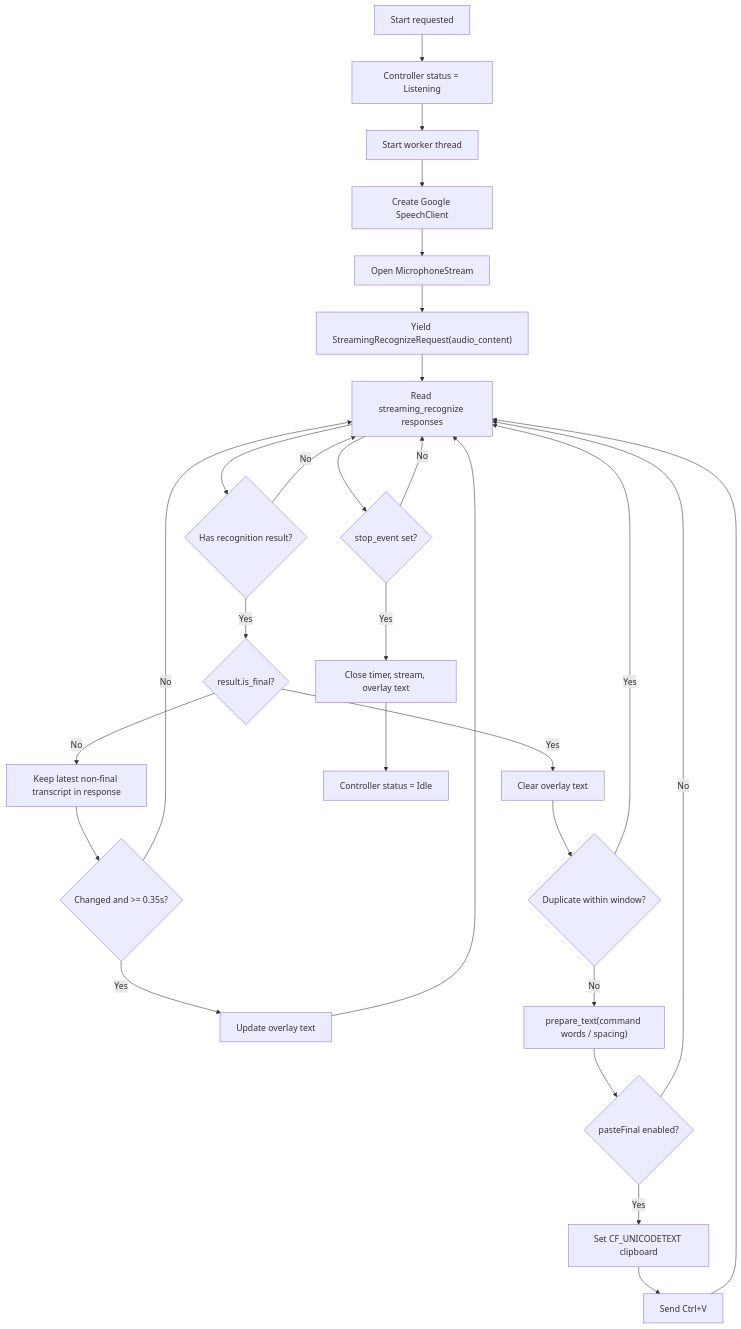
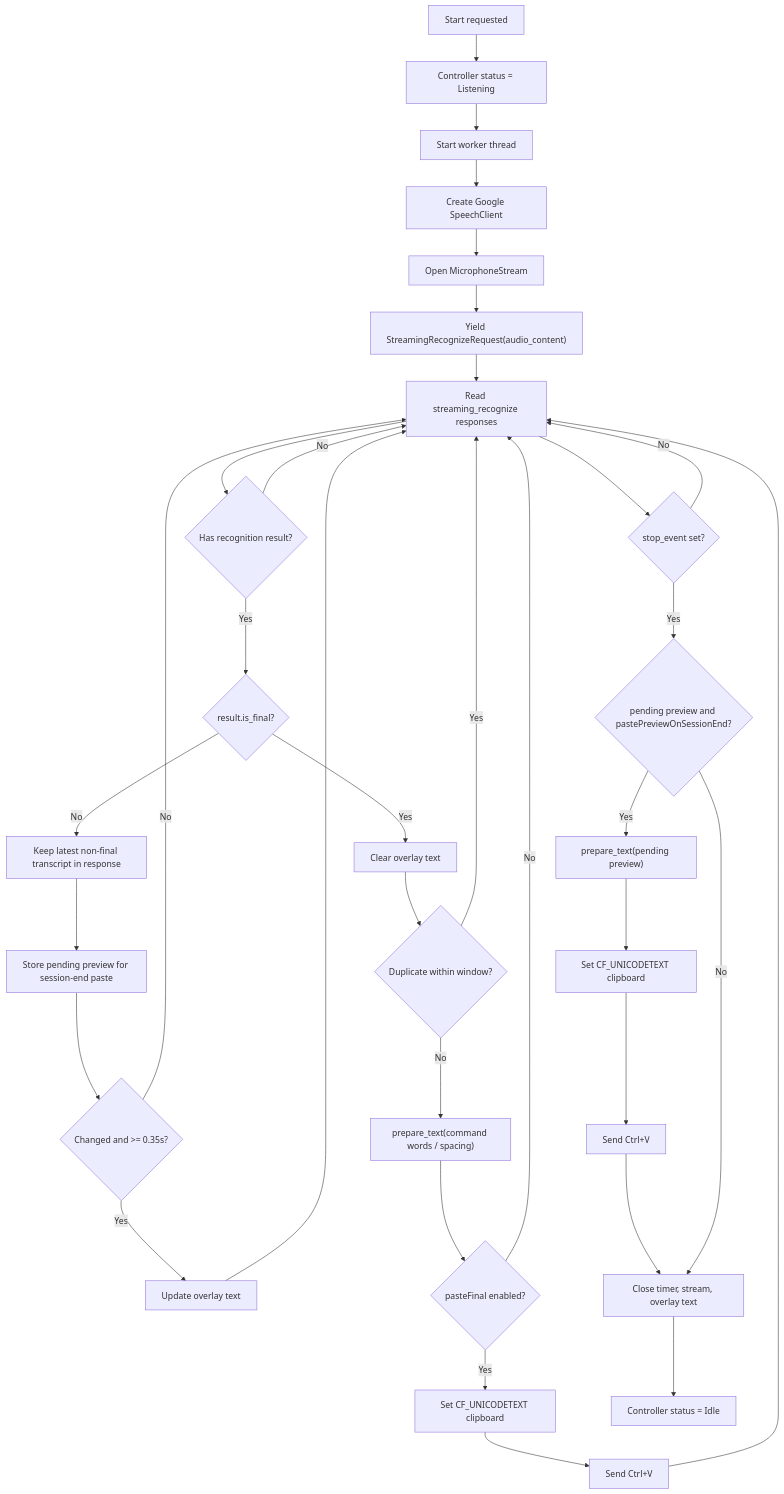
The fifth of 6 diagrams in docs/TECHNICAL_DOCUMENTATION.md (cocomine/win-voice-input), drawn with Mermaid before and after one commit. The commit also changed other lines of this file and 8 other files, not shown here.

Commit message:
feat: add session-end preview paste option for non-final transcripts

````diff
--- a/docs/TECHNICAL_DOCUMENTATION.md
+++ b/docs/TECHNICAL_DOCUMENTATION.md
@@ -225,33 +227,39 @@
 ```mermaid
 flowchart TD
     Start["Start requested"] --> StatusListening["Controller status = Listening"]
     StatusListening --> Worker["Start worker thread"]
     Worker --> Client["Create Google SpeechClient"]
     Client --> Stream["Open MicrophoneStream"]
     Stream --> Requests["Yield StreamingRecognizeRequest(audio_content)"]
     Requests --> Responses["Read streaming_recognize responses"]
     Responses --> HasResult{"Has recognition result?"}
     HasResult -- "No" --> Responses
     HasResult -- "Yes" --> Final{"result.is_final?"}
 
     Final -- "No" --> LatestInterim["Keep latest non-final transcript in response"]
-    LatestInterim --> RateLimit{"Changed and >= 0.35s?"}
+    LatestInterim --> PendingPreview["Store pending preview for session-end paste"]
+    PendingPreview --> RateLimit{"Changed and >= 0.35s?"}
     RateLimit -- "Yes" --> Overlay["Update overlay text"]
     RateLimit -- "No" --> Responses
     Overlay --> Responses
 
     Final -- "Yes" --> ClearOverlay["Clear overlay text"]
     ClearOverlay --> Deduplicate{"Duplicate within window?"}
     Deduplicate -- "Yes" --> Responses
     Deduplicate -- "No" --> Prepare["prepare_text(command words / spacing)"]
     Prepare --> PasteEnabled{"pasteFinal enabled?"}
     PasteEnabled -- "No" --> Responses
     PasteEnabled -- "Yes" --> Clipboard["Set CF_UNICODETEXT clipboard"]
     Clipboard --> SendInput["Send Ctrl+V"]
     SendInput --> Responses
 
     Responses --> Stop{"stop_event set?"}
     Stop -- "No" --> Responses
-    Stop -- "Yes" --> Cleanup["Close timer, stream, overlay text"]
+    Stop -- "Yes" --> PreviewPaste{"pending preview and pastePreviewOnSessionEnd?"}
+    PreviewPaste -- "Yes" --> PreviewPrepare["prepare_text(pending preview)"]
+    PreviewPrepare --> PreviewClipboard["Set CF_UNICODETEXT clipboard"]
+    PreviewClipboard --> PreviewSendInput["Send Ctrl+V"]
+    PreviewSendInput --> Cleanup
+    PreviewPaste -- "No" --> Cleanup["Close timer, stream, overlay text"]
     Cleanup --> Idle["Controller status = Idle"]
 ```
````
